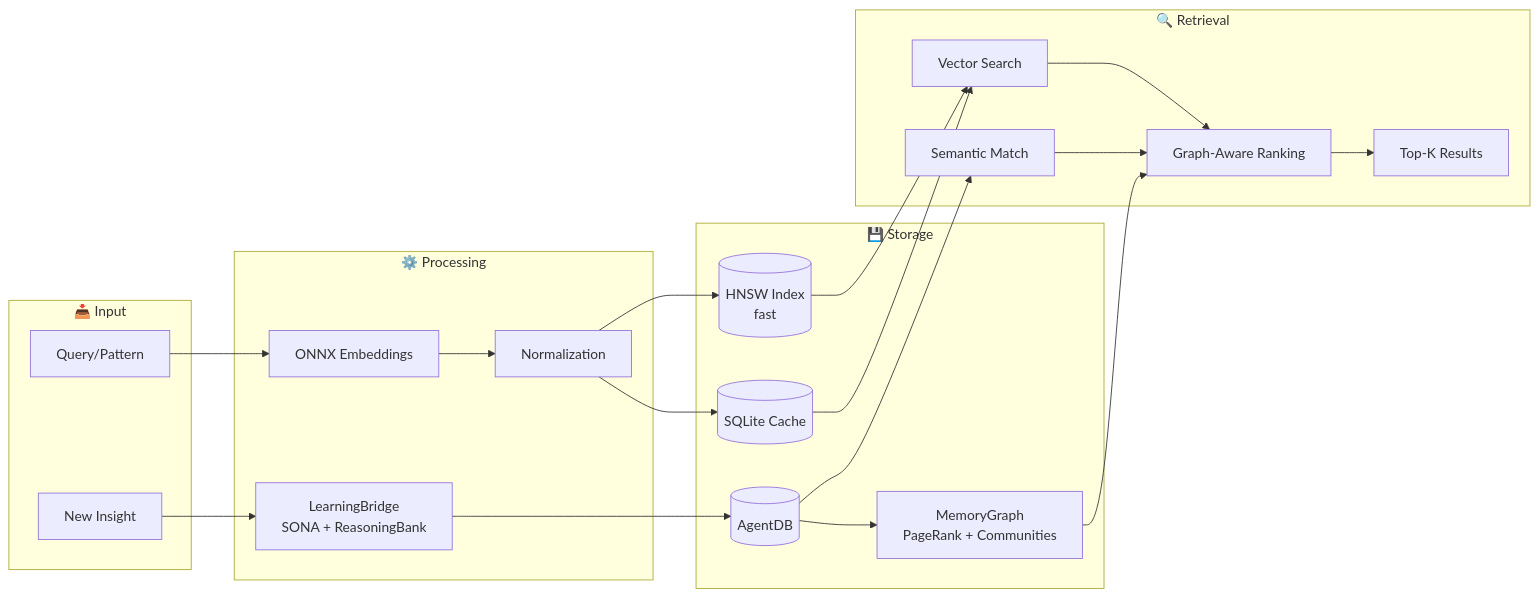
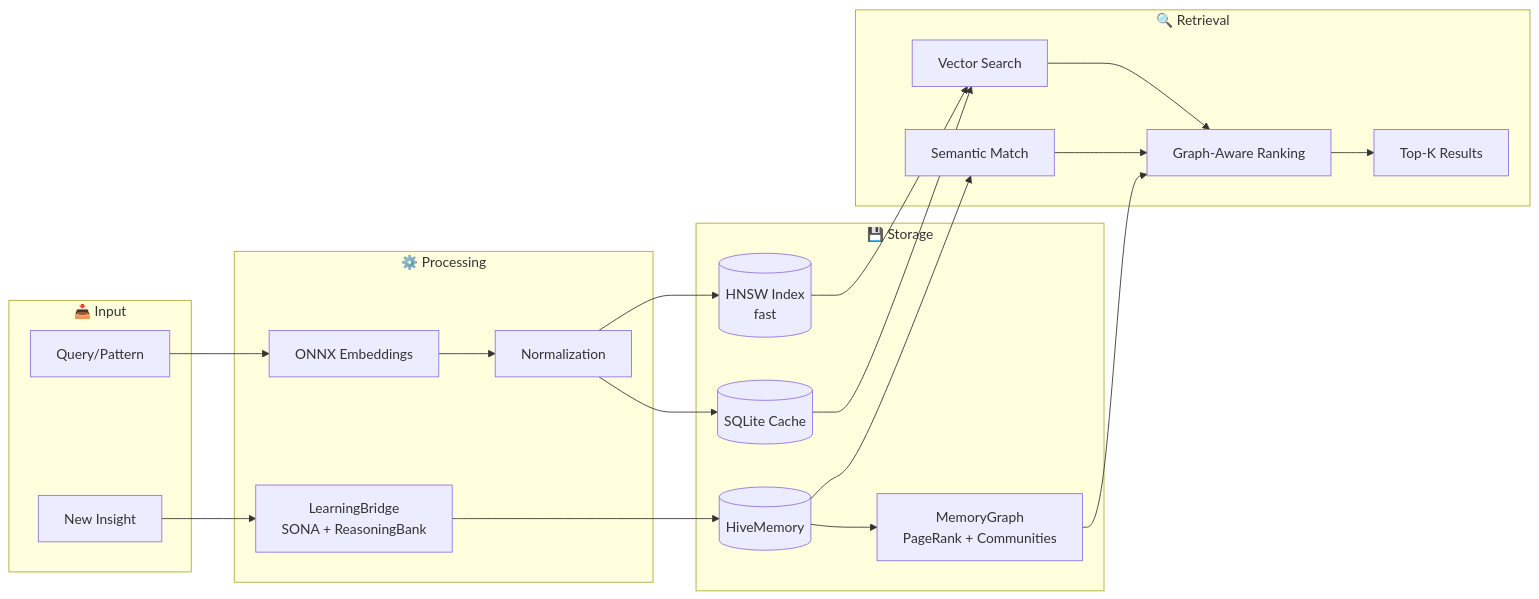
Before and after one commit to hypnwtykvmpr/hive-flow: the fourth of 6 diagrams in v3/@hive-flow/cli/README.md, drawn with Mermaid. The commit also changed other lines of this file and 379 other files, not shown here.

````diff
--- a/v3/@hive-flow/cli/README.md
+++ b/v3/@hive-flow/cli/README.md
@@ -942,42 +942,42 @@
 ```mermaid
 flowchart LR
     subgraph Input["📥 Input"]
         Query[Query/Pattern]
         Insight[New Insight]
     end
 
     subgraph Processing["⚙️ Processing"]
         Embed[ONNX Embeddings]
         Normalize[Normalization]
         Learn[LearningBridge<br/>SONA + ReasoningBank]
     end
 
     subgraph Storage["💾 Storage"]
         HNSW[(HNSW Index<br/>fast)]
         SQLite[(SQLite Cache)]
-        AgentDB[(AgentDB)]
+        HiveMemory[(HiveMemory)]
         Graph[MemoryGraph<br/>PageRank + Communities]
     end
 
     subgraph Retrieval["🔍 Retrieval"]
         Vector[Vector Search]
         Semantic[Semantic Match]
         Rank[Graph-Aware Ranking]
         Results[Top-K Results]
     end
 
     Query --> Embed
     Embed --> Normalize
     Normalize --> HNSW
     Normalize --> SQLite
     Insight --> Learn
-    Learn --> AgentDB
-    AgentDB --> Graph
+    Learn --> HiveMemory
+    HiveMemory --> Graph
     HNSW --> Vector
     SQLite --> Vector
-    AgentDB --> Semantic
+    HiveMemory --> Semantic
     Vector --> Rank
     Semantic --> Rank
     Graph --> Rank
     Rank --> Results
 ```
````
